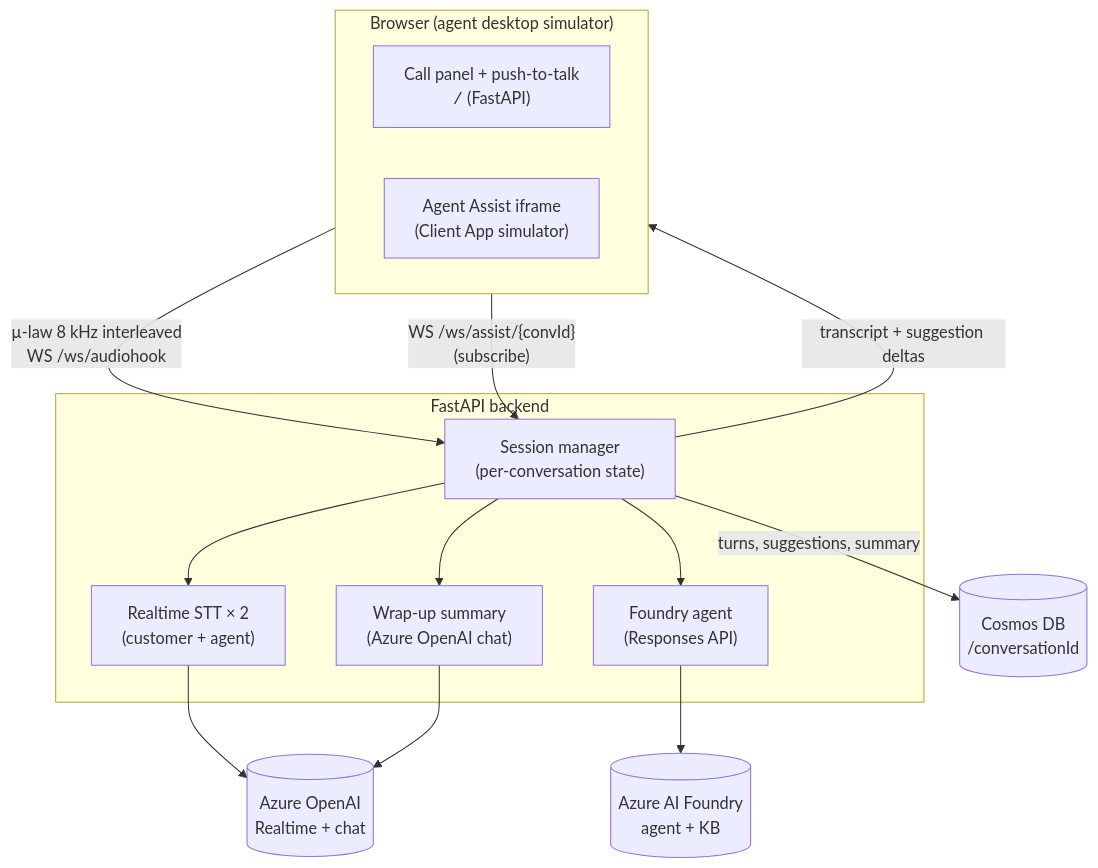
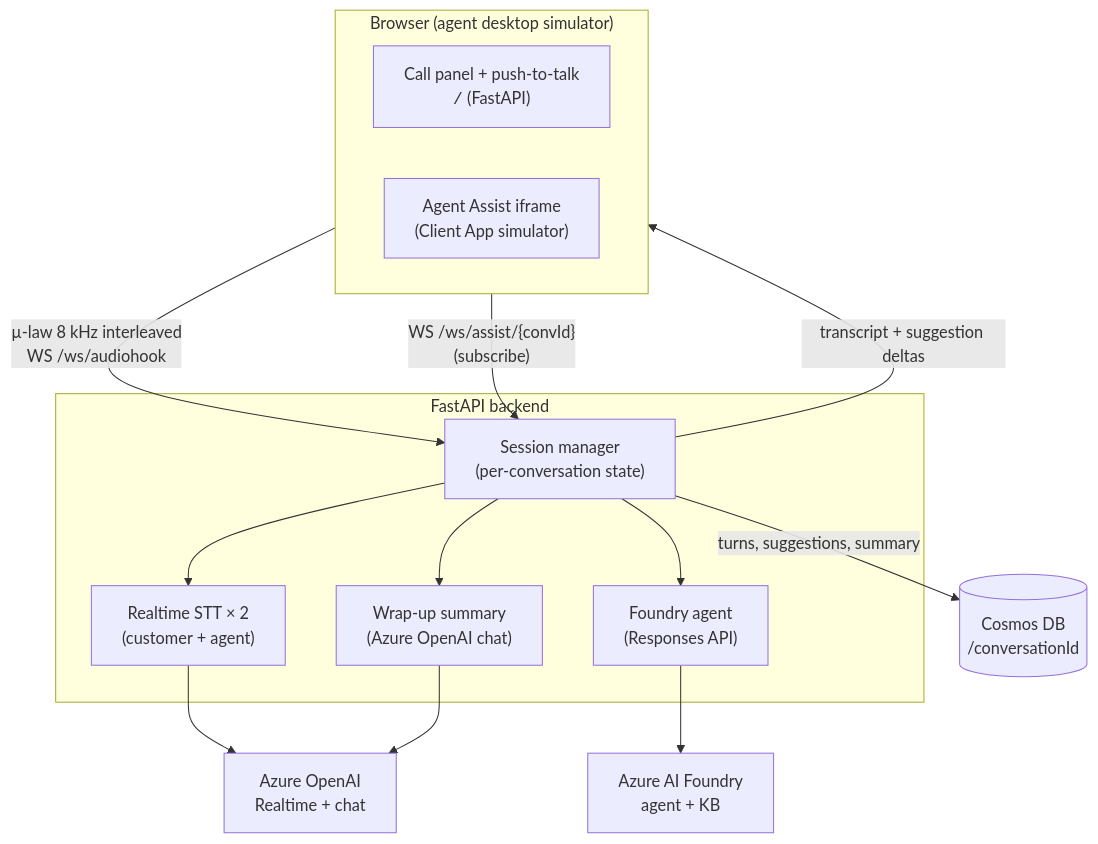
Before and after one commit to asevillano/Genesys_Cloud_Agent_Assist: the first of 2 diagrams in README.md, drawn with Mermaid. The commit also changed other lines of this file, not shown here.

````diff
--- a/README.md
+++ b/README.md
@@ -25,30 +25,30 @@
 ```mermaid
 flowchart TB
     subgraph Browser["Browser (agent desktop simulator)"]
         direction LR
         SIM["Call panel + push-to-talk<br/><code>/</code> (FastAPI)"]
         AA["Agent Assist iframe<br/>(Client App simulator)"]
     end
 
     subgraph Backend["FastAPI backend"]
         SM["Session manager<br/>(per-conversation state)"]
         STT["Realtime STT × 2<br/>(customer + agent)"]
         FA["Foundry agent<br/>(Responses API)"]
         SUM["Wrap-up summary<br/>(Azure OpenAI chat)"]
     end
 
-    AOAI[(Azure OpenAI<br/>Realtime + chat)]
-    FOUNDRY[(Azure AI Foundry<br/>agent + KB)]
+    AOAI["Azure OpenAI<br/>Realtime + chat"]
+    FOUNDRY["Azure AI Foundry<br/>agent + KB"]
     COSMOS[(Cosmos DB<br/>/conversationId)]
 
     SIM -- "µ-law 8 kHz interleaved<br/>WS /ws/audiohook" --> SM
     AA  -- "WS /ws/assist/{convId}<br/>(subscribe)" --> SM
     SM  --> STT
     SM  --> FA
     SM  --> SUM
     STT --> AOAI
     FA  --> FOUNDRY
     SUM --> AOAI
     SM  -- "turns, suggestions, summary" --> COSMOS
     SM  -- "transcript + suggestion deltas" --> AA
 ```
````
